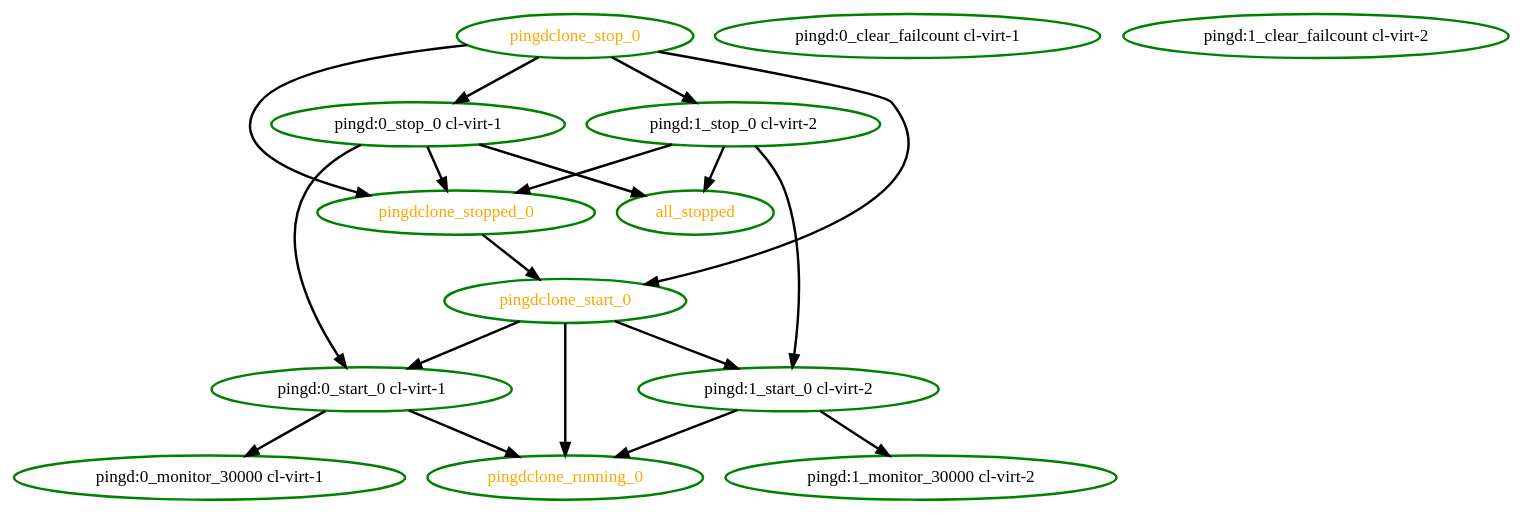
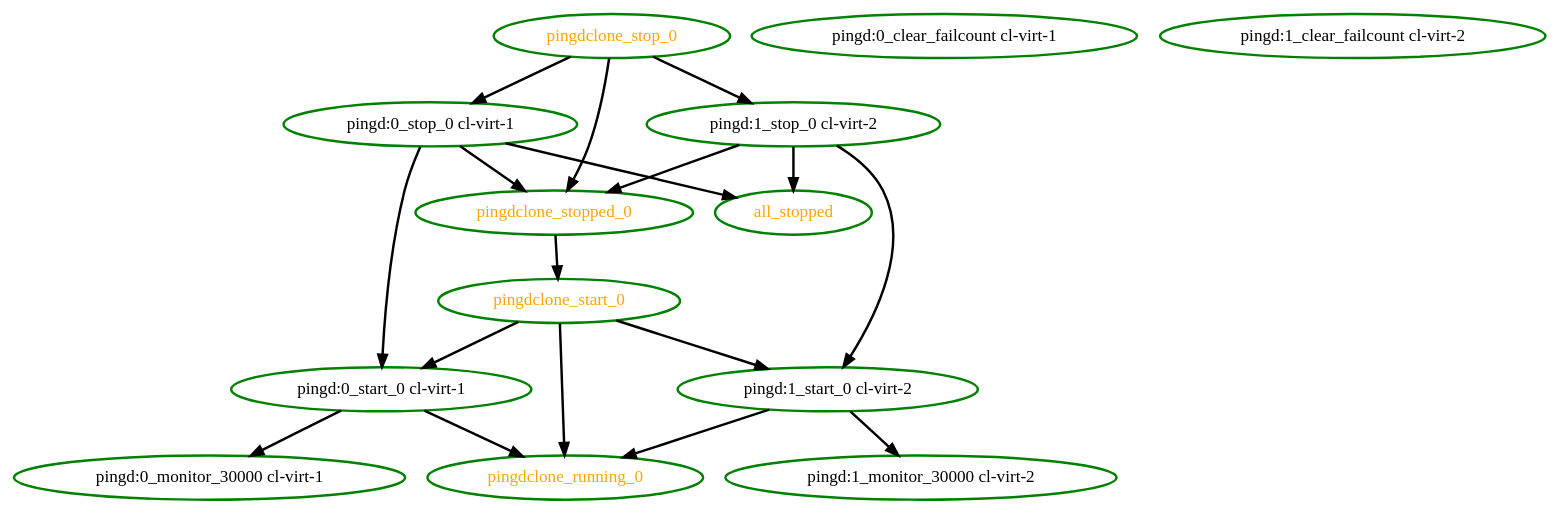
The diagram in pengine/test10/bug-lf-2106.dot (ClusterLabs/pacemaker), drawn with Graphviz before and after one commit. The commit also changed 370 other files, not shown here.

```diff
--- a/pengine/test10/bug-lf-2106.dot
+++ b/pengine/test10/bug-lf-2106.dot
@@ -1,33 +1,32 @@
 digraph "g" {
 "all_stopped" [ style=bold color="green" fontcolor="orange"  ]
 "pingd:0_clear_failcount cl-virt-1" [ style=bold color="green" fontcolor="black"  ]
 "pingd:0_monitor_30000 cl-virt-1" [ style=bold color="green" fontcolor="black"  ]
 "pingd:0_start_0 cl-virt-1" -> "pingd:0_monitor_30000 cl-virt-1" [ style = bold]
 "pingd:0_start_0 cl-virt-1" -> "pingdclone_running_0" [ style = bold]
 "pingd:0_start_0 cl-virt-1" [ style=bold color="green" fontcolor="black"  ]
 "pingd:0_stop_0 cl-virt-1" -> "all_stopped" [ style = bold]
 "pingd:0_stop_0 cl-virt-1" -> "pingd:0_start_0 cl-virt-1" [ style = bold]
 "pingd:0_stop_0 cl-virt-1" -> "pingdclone_stopped_0" [ style = bold]
 "pingd:0_stop_0 cl-virt-1" [ style=bold color="green" fontcolor="black"  ]
 "pingd:1_clear_failcount cl-virt-2" [ style=bold color="green" fontcolor="black"  ]
 "pingd:1_monitor_30000 cl-virt-2" [ style=bold color="green" fontcolor="black"  ]
 "pingd:1_start_0 cl-virt-2" -> "pingd:1_monitor_30000 cl-virt-2" [ style = bold]
 "pingd:1_start_0 cl-virt-2" -> "pingdclone_running_0" [ style = bold]
 "pingd:1_start_0 cl-virt-2" [ style=bold color="green" fontcolor="black"  ]
 "pingd:1_stop_0 cl-virt-2" -> "all_stopped" [ style = bold]
 "pingd:1_stop_0 cl-virt-2" -> "pingd:1_start_0 cl-virt-2" [ style = bold]
 "pingd:1_stop_0 cl-virt-2" -> "pingdclone_stopped_0" [ style = bold]
 "pingd:1_stop_0 cl-virt-2" [ style=bold color="green" fontcolor="black"  ]
 "pingdclone_running_0" [ style=bold color="green" fontcolor="orange"  ]
 "pingdclone_start_0" -> "pingd:0_start_0 cl-virt-1" [ style = bold]
 "pingdclone_start_0" -> "pingd:1_start_0 cl-virt-2" [ style = bold]
 "pingdclone_start_0" -> "pingdclone_running_0" [ style = bold]
 "pingdclone_start_0" [ style=bold color="green" fontcolor="orange"  ]
 "pingdclone_stop_0" -> "pingd:0_stop_0 cl-virt-1" [ style = bold]
 "pingdclone_stop_0" -> "pingd:1_stop_0 cl-virt-2" [ style = bold]
-"pingdclone_stop_0" -> "pingdclone_start_0" [ style = bold]
 "pingdclone_stop_0" -> "pingdclone_stopped_0" [ style = bold]
 "pingdclone_stop_0" [ style=bold color="green" fontcolor="orange"  ]
 "pingdclone_stopped_0" -> "pingdclone_start_0" [ style = bold]
 "pingdclone_stopped_0" [ style=bold color="green" fontcolor="orange"  ]
 }
```
